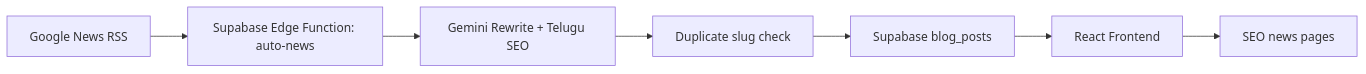
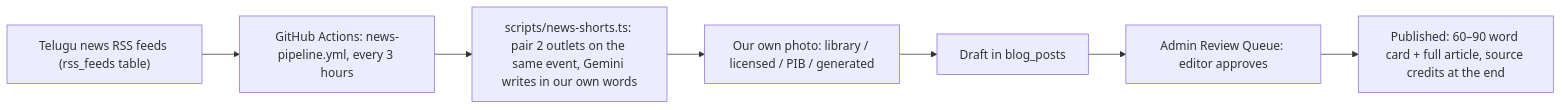
The diagram in README.md (enirchibs/VarthaNow), drawn with Mermaid before and after one commit. The commit also changed other lines of this file and 8 other files, not shown here.

First line of the commit message:
chore(pipeline): news runs only on GitHub Actions; retire auto-news / ingest-rss edge functions

````diff
--- a/README.md
+++ b/README.md
@@ -18,9 +17,9 @@
 ```mermaid
 flowchart LR
-  A["Google News RSS"] --> B["Supabase Edge Function: auto-news"]
-  B --> C["Gemini Rewrite + Telugu SEO"]
-  C --> D["Duplicate slug check"]
-  D --> E["Supabase blog_posts"]
-  E --> F["React Frontend"]
-  F --> G["SEO news pages"]
+  A["Telugu news RSS feeds (rss_feeds table)"] --> B["GitHub Actions: news-pipeline.yml, every 3 hours"]
+  B --> C["scripts/news-shorts.ts: pair 2 outlets on the same event, Gemini writes in our own words"]
+  C --> D["Our own photo: library / licensed / PIB / generated"]
+  D --> E["Draft in blog_posts"]
+  E --> F["Admin Review Queue: editor approves"]
+  F --> G["Published: 60–90 word card + full article, source credits at the end"]
 ```
````
